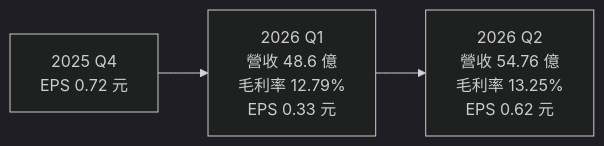
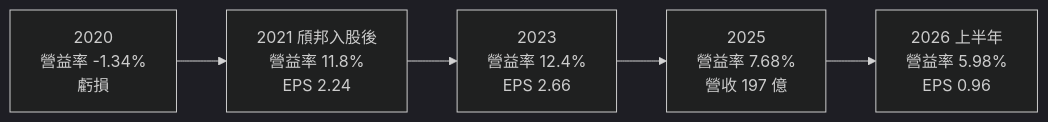
The third of 4 diagrams in 個股/台股/2329華泰.md (wangnick1004/taiwan-stock-vault), drawn with Mermaid (dark theme) before and after one commit. The commit also changed other lines of this file and 10 other files, not shown here.

````diff
--- a/個股/台股/2329華泰.md
+++ b/個股/台股/2329華泰.md
@@ -133,4 +138,4 @@
 ```mermaid
 flowchart LR
-    Q4["2025 Q4<br/>EPS 0.72 元"] --> Q1["2026 Q1<br/>營收 48.6 億<br/>毛利率 12.79%<br/>EPS 0.33 元"] --> Q2["2026 Q2<br/>營收 54.76 億<br/>毛利率 13.25%<br/>EPS 0.62 元"]
+    Y20["2020<br/>營益率 -1.34%<br/>虧損"] --> Y21["2021 頎邦入股後<br/>營益率 11.8%<br/>EPS 2.24"] --> Y23["2023<br/>營益率 12.4%<br/>EPS 2.66"] --> Y25["2025<br/>營益率 7.68%<br/>營收 197 億"] --> H26["2026 上半年<br/>營益率 5.98%<br/>EPS 0.96"]
 ```
````
